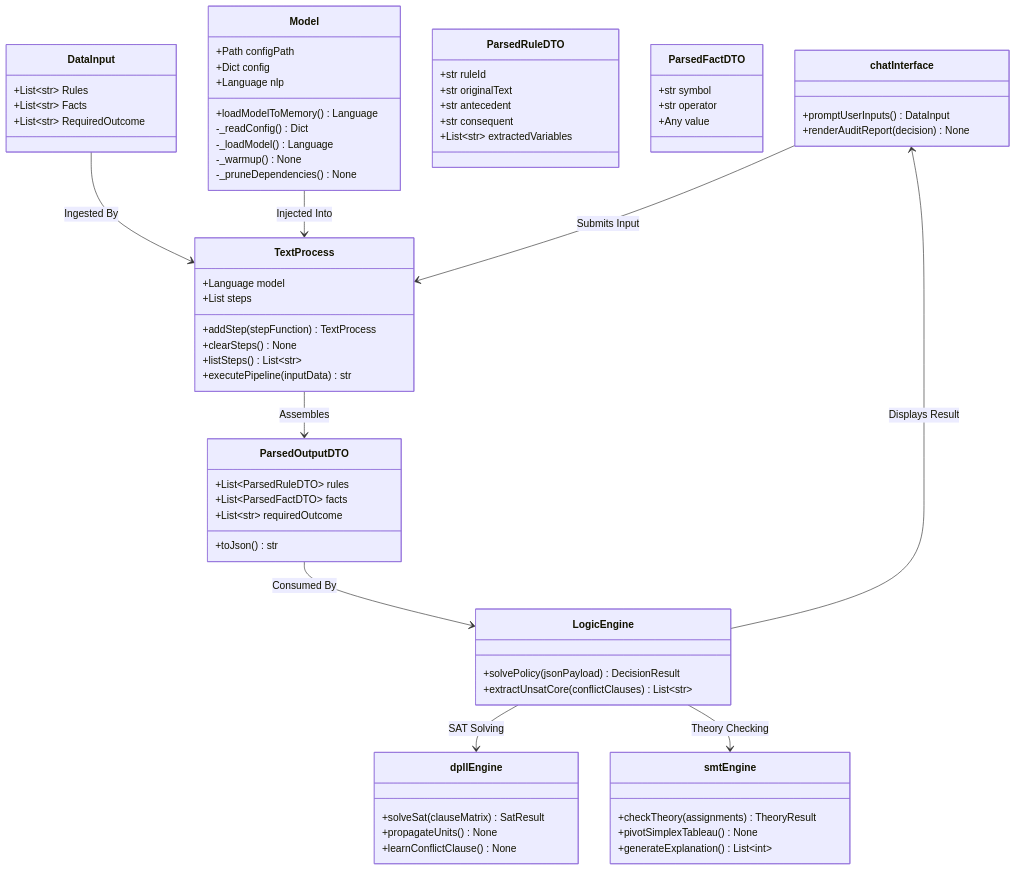
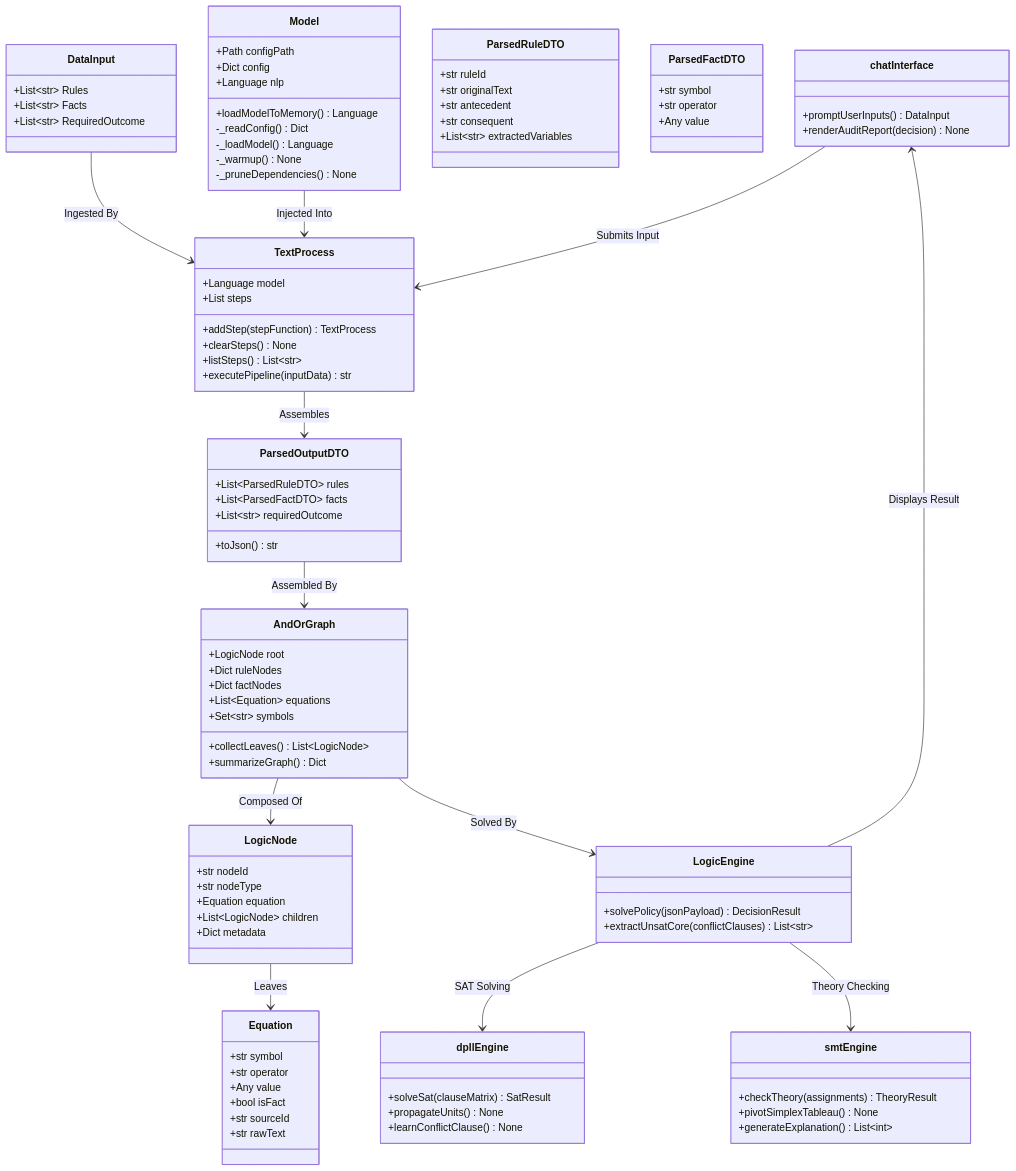
One commit to Kraftpaket-bibliothek/Shiva changed the diagram in Architecture/ComponentDiagram.md. Above: the diagram before and after it, drawn with Mermaid. The commit also changed 4 other files, not shown here.

Commit message:
I have started work on the logicEngine. This creates an AND-OR Graph

```diff
--- a/Architecture/ComponentDiagram.md
+++ b/Architecture/ComponentDiagram.md
@@ -53,6 +53,33 @@
         +executePipeline(inputData) str
     }
 
+    class Equation {
+        +str symbol
+        +str operator
+        +Any value
+        +bool isFact
+        +str sourceId
+        +str rawText
+    }
+
+    class LogicNode {
+        +str nodeId
+        +str nodeType
+        +Equation equation
+        +List~LogicNode~ children
+        +Dict metadata
+    }
+
+    class AndOrGraph {
+        +LogicNode root
+        +Dict ruleNodes
+        +Dict factNodes
+        +List~Equation~ equations
+        +Set~str~ symbols
+        +collectLeaves() List~LogicNode~
+        +summarizeGraph() Dict
+    }
+
     class LogicEngine {
         +solvePolicy(jsonPayload) DecisionResult
         +extractUnsatCore(conflictClauses) List~str~
@@ -78,7 +105,10 @@
     DataInput --> TextProcess : Ingested By
     Model --> TextProcess : Injected Into
     TextProcess --> ParsedOutputDTO : Assembles
-    ParsedOutputDTO --> LogicEngine : Consumed By
+    ParsedOutputDTO --> AndOrGraph : Assembled By
+    AndOrGraph --> LogicNode : Composed Of
+    LogicNode --> Equation : Leaves
+    AndOrGraph --> LogicEngine : Solved By
     LogicEngine --> dpllEngine : SAT Solving
     LogicEngine --> smtEngine : Theory Checking
     chatInterface --> TextProcess : Submits Input
```
